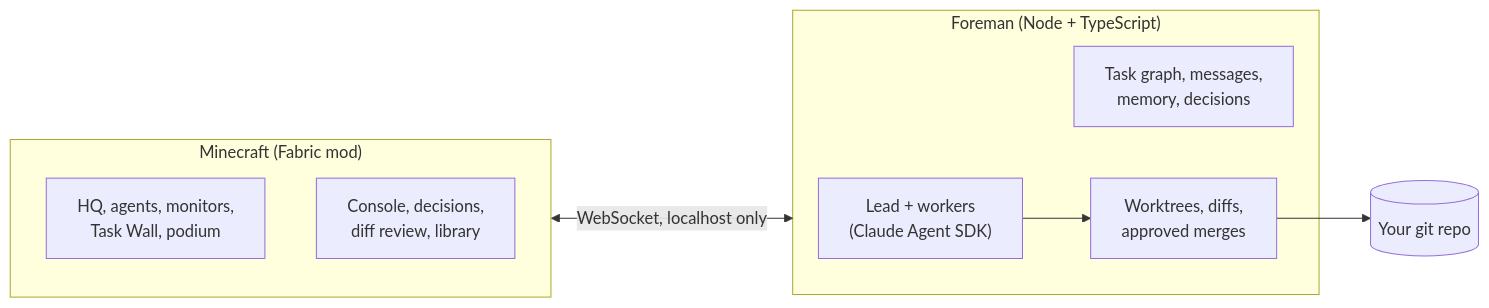
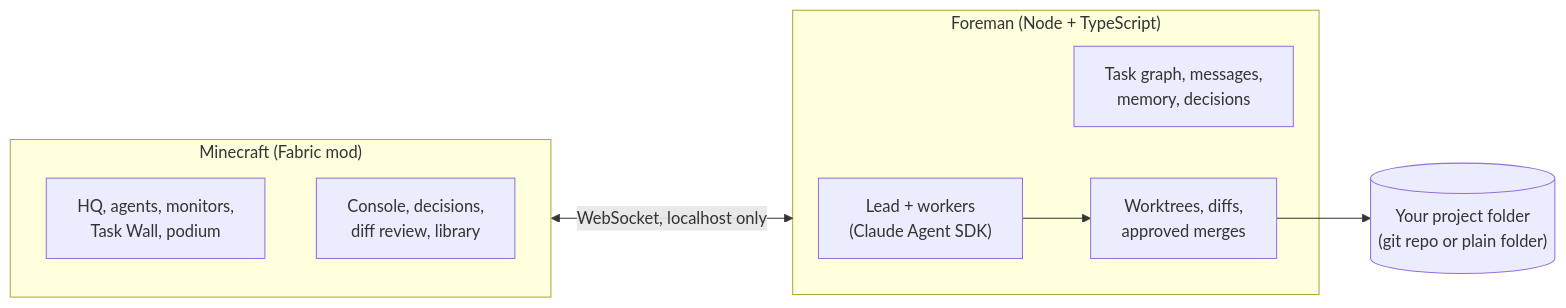
Before and after one commit to PyonPyonMF/agentcraft: the diagram in README.md, drawn with Mermaid. The commit also changed other lines of this file and 19 other files, not shown here.

First line of the commit message:
Work in any folder: empty, non-git, or git without commits

````diff
--- a/README.md
+++ b/README.md
@@ -251,15 +258,15 @@
 ```mermaid
 flowchart LR
     subgraph game ["Minecraft (Fabric mod)"]
         HQ["HQ, agents, monitors,<br/>Task Wall, podium"]
         UI["Console, decisions,<br/>diff review, library"]
     end
     subgraph foreman ["Foreman (Node + TypeScript)"]
         Team["Lead + workers<br/>(Claude Agent SDK)"]
         State["Task graph, messages,<br/>memory, decisions"]
         Git["Worktrees, diffs,<br/>approved merges"]
     end
-    Repo[("Your git repo")]
+    Repo[("Your project folder<br/>(git repo or plain folder)")]
     game <-->|"WebSocket, localhost only"| foreman
     Team --> Git --> Repo
 ```
````
